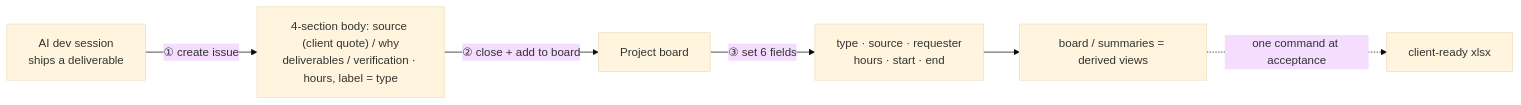
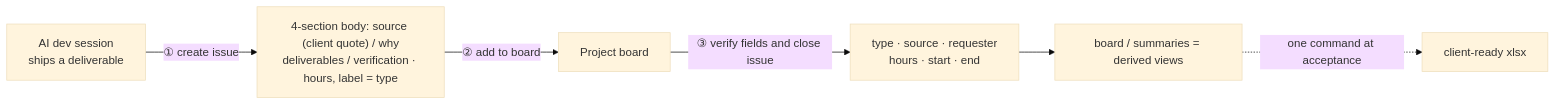
One commit to guanlili/devledger changed the second of 2 diagrams in README.md. Above: the diagram before and after it, drawn with Mermaid (base theme). The commit also changed other lines of this file and 9 other files, not shown here.

````diff
--- a/README.md
+++ b/README.md
@@ -94,8 +94,8 @@
 ```mermaid
 flowchart LR
     s["AI dev session<br/>ships a deliverable"] -->|"① create issue"| i["4-section body: source (client quote) / why<br/>deliverables / verification · hours, label = type"]
-    i -->|"② close + add to board"| b["Project board"]
-    b -->|"③ set 6 fields"| f["type · source · requester<br/>hours · start · end"]
+    i -->|"② add to board"| b["Project board"]
+    b -->|"③ verify fields and close issue"| f["type · source · requester<br/>hours · start · end"]
     f --> v["board / summaries = derived views"]
     v -. "one command at acceptance" .-> x["client-ready xlsx"]
 ```
````
